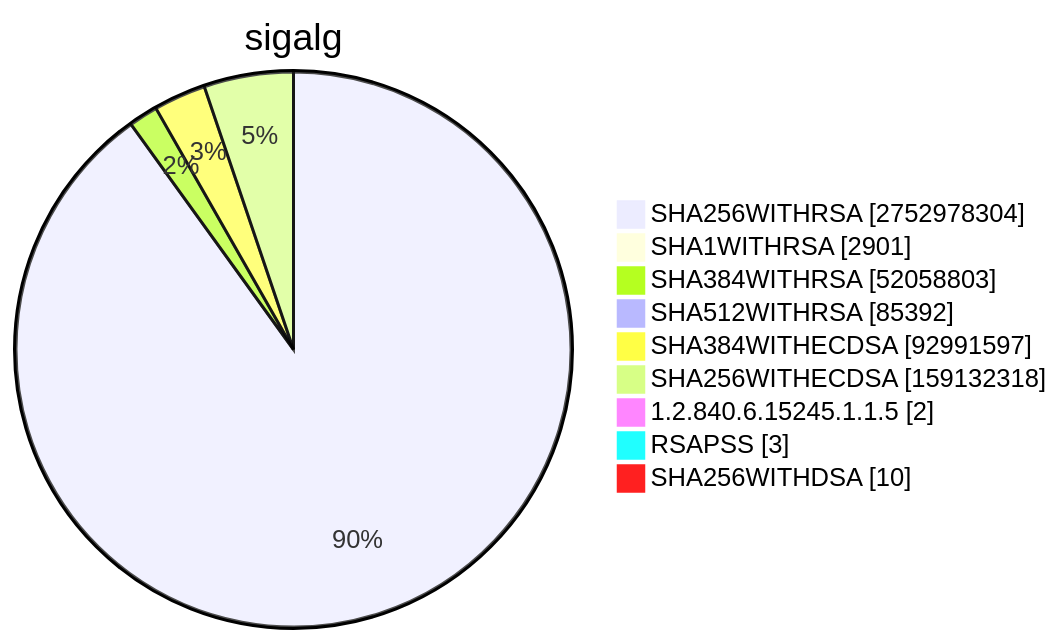
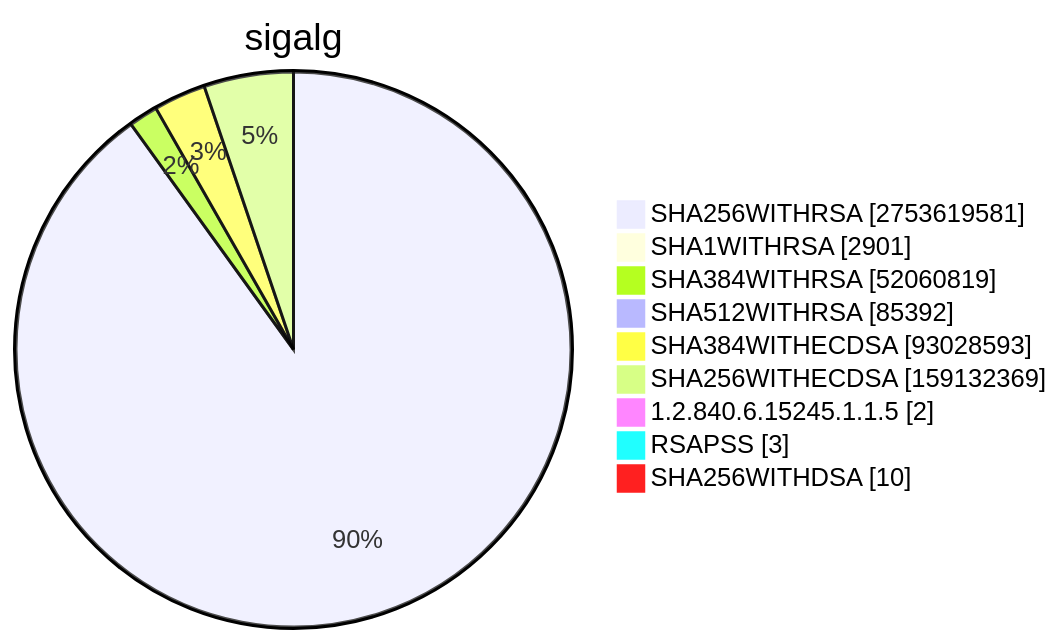
Before and after one commit to christiankrug/ctmonitor_visualization: diagram 15 of 15 in TOTAL/README.md, drawn with Mermaid. The commit also changed other lines of this file, not shown here.

````diff
--- a/TOTAL/README.md
+++ b/TOTAL/README.md
@@ -6205,13 +6205,13 @@
 ```mermaid
 pie showData
 title sigalg
-"SHA256WITHRSA" :2752978304
+"SHA256WITHRSA" :2753619581
 "SHA1WITHRSA" :2901
-"SHA384WITHRSA" :52058803
+"SHA384WITHRSA" :52060819
 "SHA512WITHRSA" :85392
-"SHA384WITHECDSA" :92991597
-"SHA256WITHECDSA" :159132318
+"SHA384WITHECDSA" :93028593
+"SHA256WITHECDSA" :159132369
 "1.2.840.6.15245.1.1.5" :2
 "RSAPSS" :3
 "SHA256WITHDSA" :10
 ```
````
